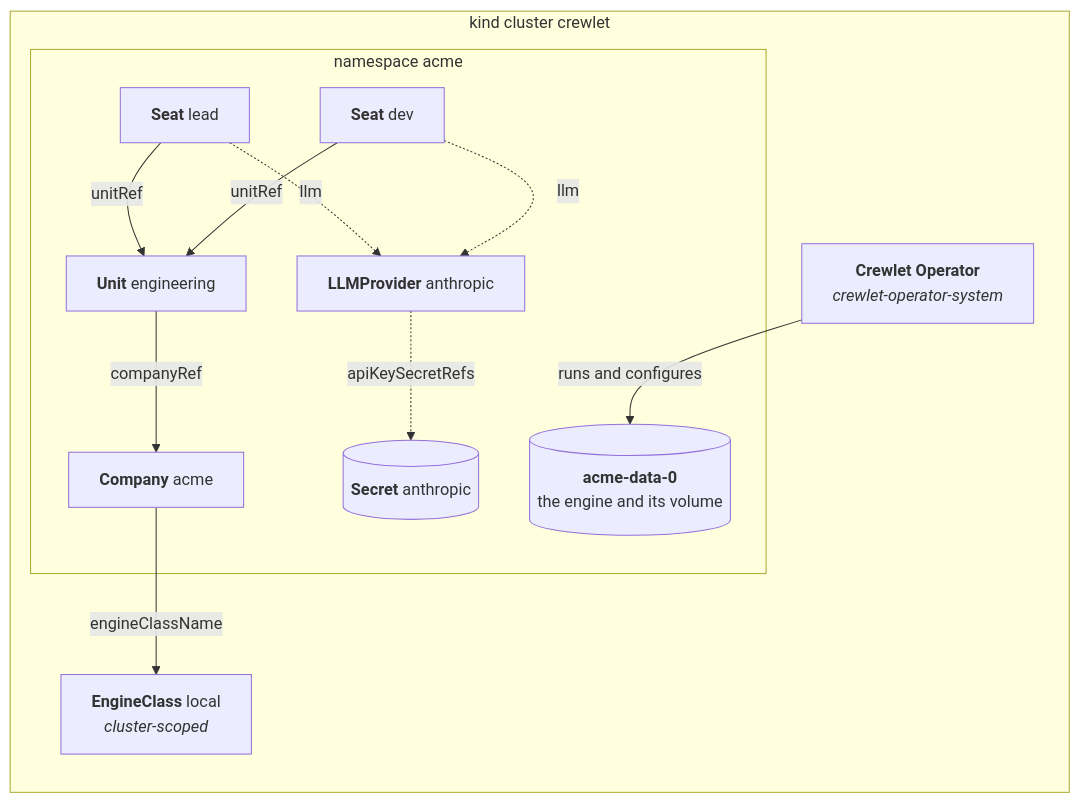
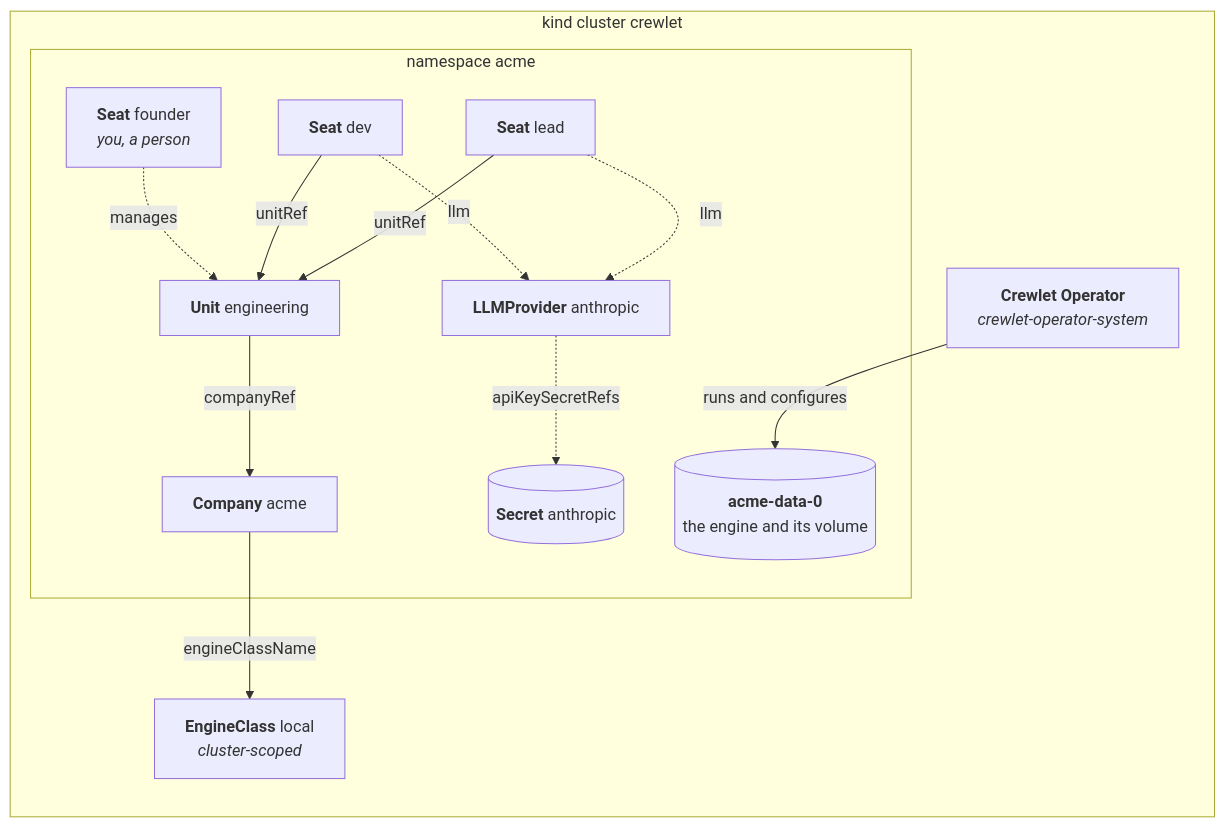
Before and after one commit to crewlet/crewlet-operator: the diagram in docs/getting-started.md, drawn with Mermaid. The commit also changed other lines of this file and 8 other files, not shown here.

````diff
--- a/docs/getting-started.md
+++ b/docs/getting-started.md
@@ -11,24 +11,26 @@
 ```mermaid
 flowchart LR
     subgraph cluster["kind cluster crewlet"]
         OP["<b>Crewlet Operator</b><br/><i>crewlet-operator-system</i>"]
         EC["<b>EngineClass</b> local<br/><i>cluster-scoped</i>"]
         subgraph ns["namespace acme"]
             C["<b>Company</b> acme"]
             U["<b>Unit</b> engineering"]
             L["<b>Seat</b> lead"]
             D["<b>Seat</b> dev"]
+            F["<b>Seat</b> founder<br/><i>you, a person</i>"]
             P["<b>LLMProvider</b> anthropic"]
             S[("<b>Secret</b> anthropic")]
             POD[("<b>acme-data-0</b><br/>the engine and its volume")]
         end
     end
     C -->|engineClassName| EC
     U -->|companyRef| C
     L -->|unitRef| U
     D -->|unitRef| U
+    F -.->|manages| U
     L -.->|llm| P
     D -.->|llm| P
     P -.->|apiKeySecretRefs| S
     OP -->|"runs and configures"| POD
 ```
````
